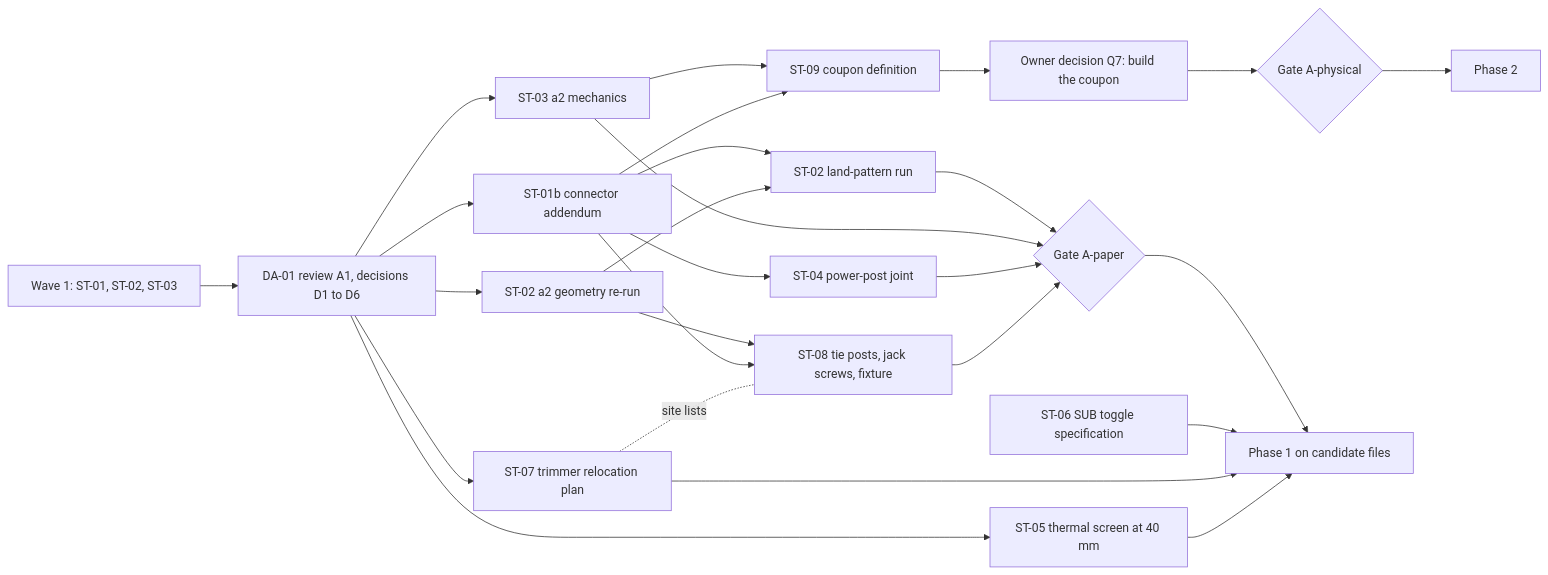
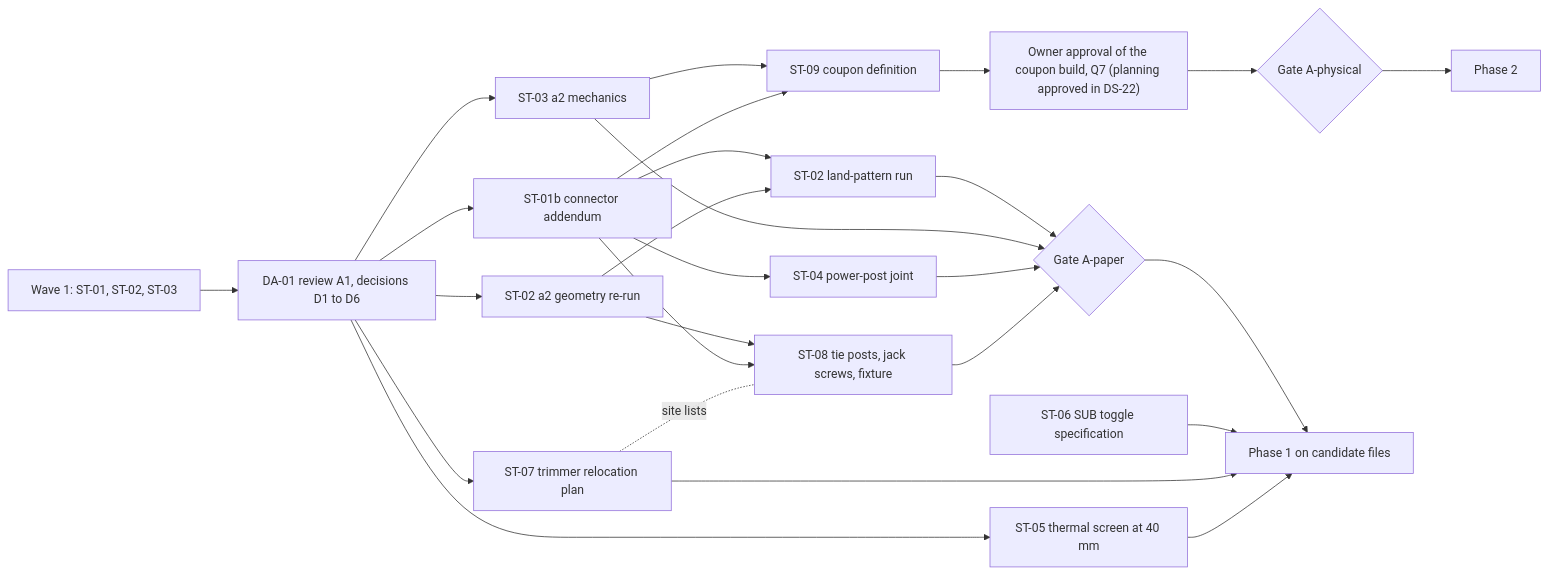
Before and after one commit to Takazudo/zudo-osc-hole-field: the diagram in circuit/orchestration/campaigns/osc-stack-20261114/plan.md, drawn with Mermaid. The commit also changed other lines of this file and 1 other file, not shown here.

First line of the commit message:
orchestration: record the owner's answer on the test board, ST-04 and ST-09

````diff
--- a/circuit/orchestration/campaigns/osc-stack-20261114/plan.md
+++ b/circuit/orchestration/campaigns/osc-stack-20261114/plan.md
@@ -60,28 +60,28 @@
 ```mermaid
 flowchart LR
   W1["Wave 1: ST-01, ST-02, ST-03"] --> DA01["DA-01 review A1, decisions D1 to D6"]
   DA01 --> ST01b["ST-01b connector addendum"]
   DA01 --> ST02a2["ST-02 a2 geometry re-run"]
   DA01 --> ST03a2["ST-03 a2 mechanics"]
   DA01 --> ST05["ST-05 thermal screen at 40 mm"]
   DA01 --> ST07["ST-07 trimmer relocation plan"]
   ST01b --> ST04["ST-04 power-post joint"]
   ST01b --> ST02p["ST-02 land-pattern run"]
   ST02a2 --> ST02p
   ST02a2 --> ST08["ST-08 tie posts, jack screws, fixture"]
   ST01b --> ST08
   ST07 -. site lists .- ST08
   ST03a2 --> ST09["ST-09 coupon definition"]
   ST01b --> ST09
   ST02p --> GAP{"Gate A-paper"}
   ST03a2 --> GAP
   ST04 --> GAP
   ST08 --> GAP
-  ST09 --> OWN["Owner decision Q7: build the coupon"]
+  ST09 --> OWN["Owner approval of the coupon build, Q7 (planning approved in DS-22)"]
   OWN --> GAF{"Gate A-physical"}
   GAP --> P1["Phase 1 on candidate files"]
   ST06["ST-06 SUB toggle specification"] --> P1
   ST07 --> P1
   ST05 --> P1
   GAF --> P2["Phase 2"]
 ```
````
